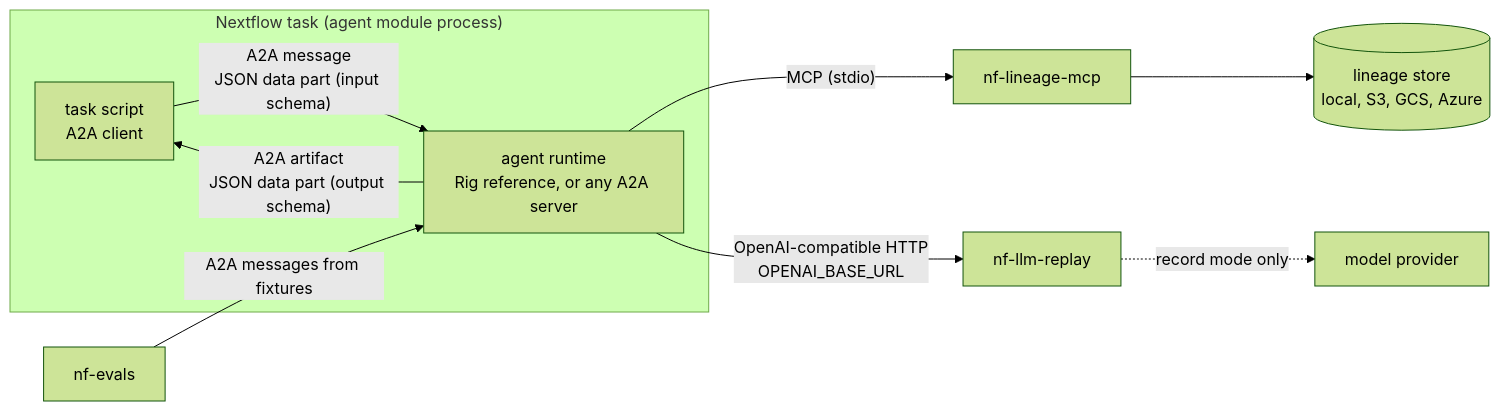
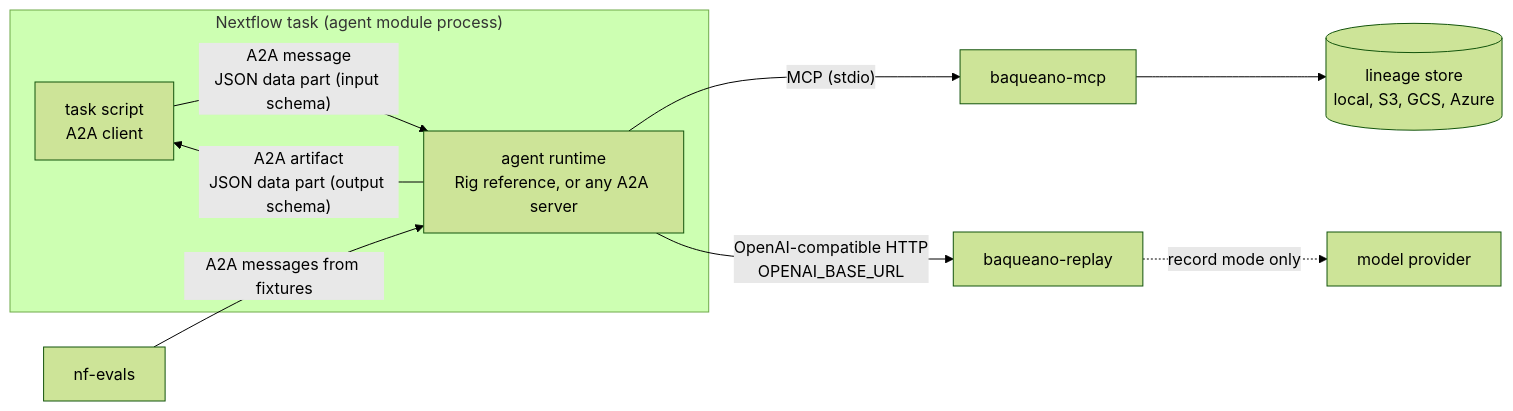
Before and after one commit to pingedbrain/nf-agents: the diagram in docs/architecture.md, drawn with Mermaid (forest theme). The commit also changed other lines of this file and 26 other files, not shown here.

````diff
--- a/docs/architecture.md
+++ b/docs/architecture.md
@@ -28,14 +28,14 @@
 ```mermaid
 flowchart LR
   subgraph task["Nextflow task (agent module process)"]
     C["task script<br/>A2A client"]
     R["agent runtime<br/>Rig reference, or any A2A server"]
     C -- "A2A message<br/>JSON data part (input schema)" --> R
     R -- "A2A artifact<br/>JSON data part (output schema)" --> C
   end
-  R -- "MCP (stdio)" --> M["nf-lineage-mcp"]
+  R -- "MCP (stdio)" --> M["baqueano-mcp"]
   M --> S[("lineage store<br/>local, S3, GCS, Azure")]
-  R -- "OpenAI-compatible HTTP<br/>OPENAI_BASE_URL" --> P["nf-llm-replay"]
+  R -- "OpenAI-compatible HTTP<br/>OPENAI_BASE_URL" --> P["baqueano-replay"]
   P -. "record mode only" .-> U["model provider"]
   E["nf-evals"] -- "A2A messages from fixtures" --> R
 ```
````
